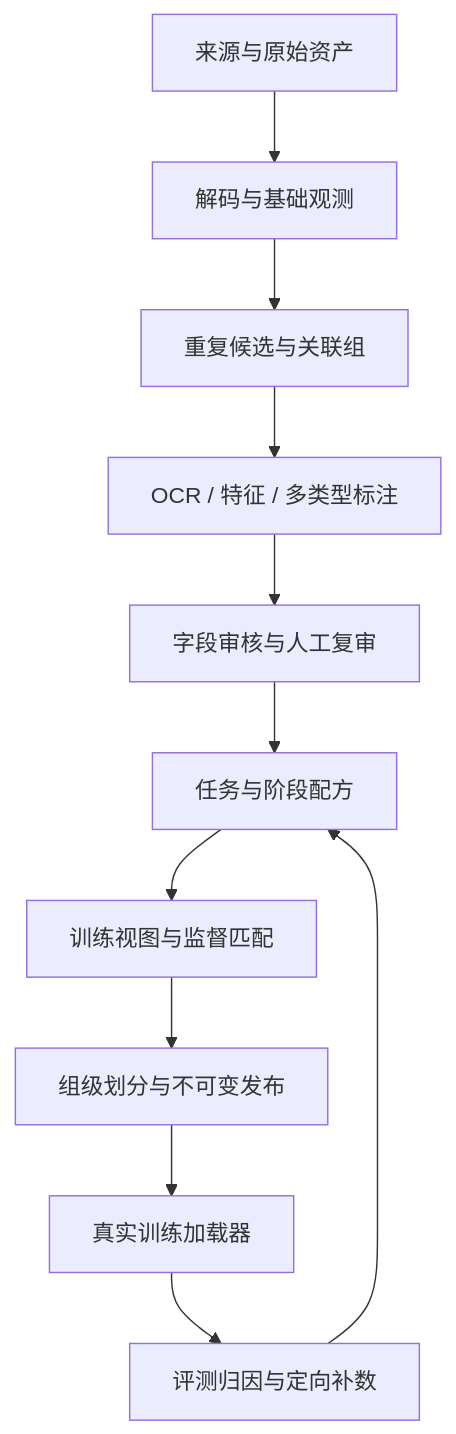
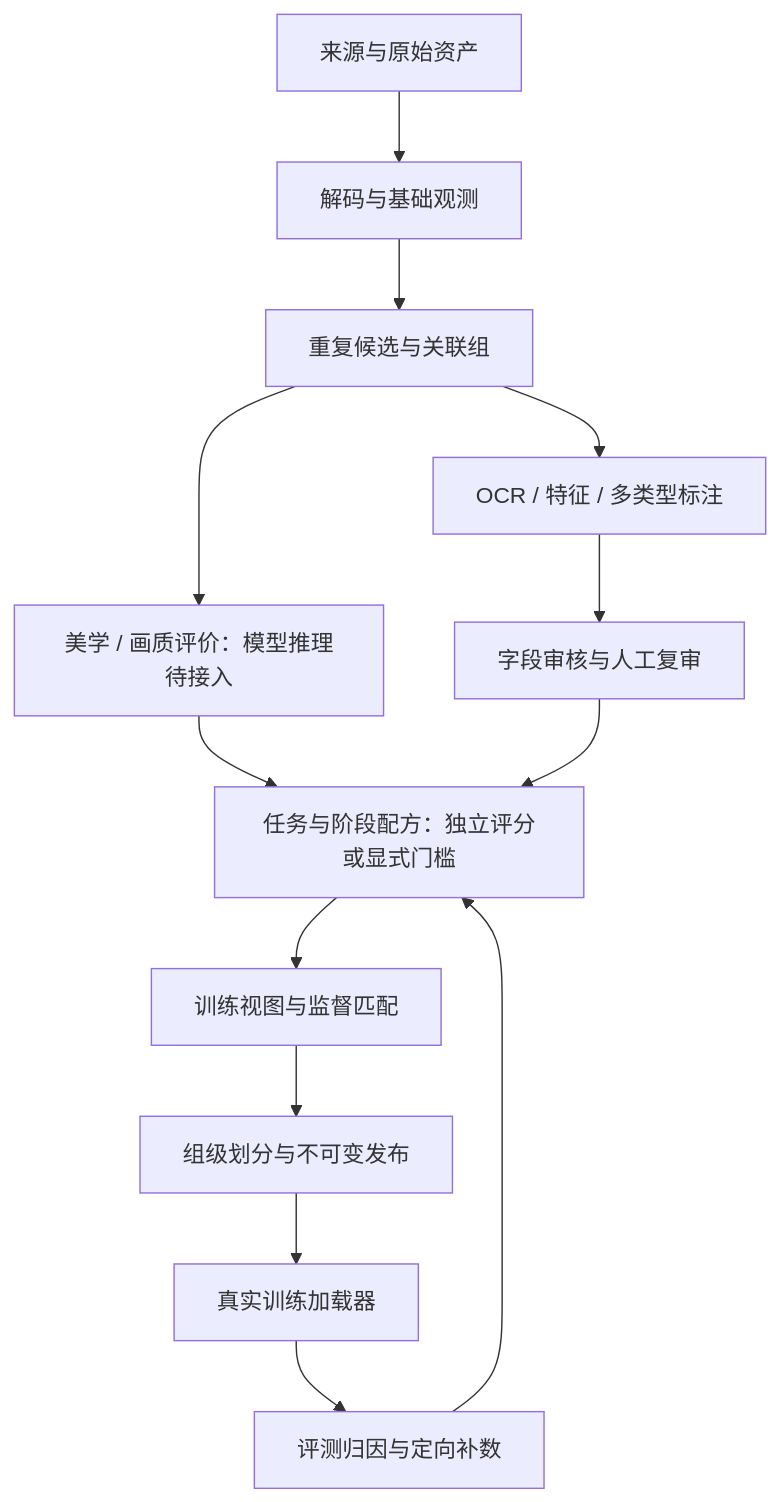
One commit to lililuya/ImageDataProcessPipeline changed the diagram in README.md. Above: the diagram before and after it, drawn with Mermaid. The commit also changed other lines of this file and 14 other files, not shown here.

````diff
--- a/README.md
+++ b/README.md
@@ -22,13 +27,15 @@
 ```mermaid
 flowchart TD
   A[来源与原始资产] --> B[解码与基础观测]
   B --> C[重复候选与关联组]
   C --> D[OCR / 特征 / 多类型标注]
+  C --> Q[美学 / 画质评价：模型推理待接入]
+  Q --> F
   D --> E[字段审核与人工复审]
-  E --> F[任务与阶段配方]
+  E --> F[任务与阶段配方：独立评分或显式门槛]
   F --> G[训练视图与监督匹配]
   G --> H[组级划分与不可变发布]
   H --> I[真实训练加载器]
   I --> J[评测归因与定向补数]
   J --> F
 ```
````
